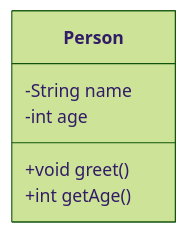
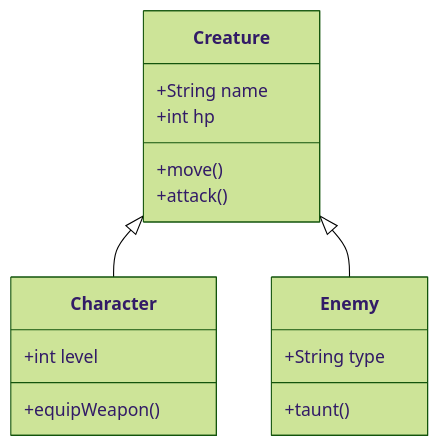
One commit to chocokart2/PublicObsidian changed the second of 2 diagrams in README.md. Above: the diagram before and after it, drawn with Mermaid (forest theme). The commit also changed other lines of this file, not shown here.

````diff
--- a/README.md
+++ b/README.md
@@ -11,9 +11,22 @@
 ```mermaid
 classDiagram
-    class Person {
-        -String name
-        -int age
-        +void greet()
-        +int getAge()
+    class Creature {
+        +String name
+        +int hp
+        +move()
+        +attack()
     }
+
+    class Character {
+        +int level
+        +equipWeapon()
+    }
+
+    class Enemy {
+        +String type
+        +taunt()
+    }
+
+    Creature <|-- Character
+    Creature <|-- Enemy
 ```
````
